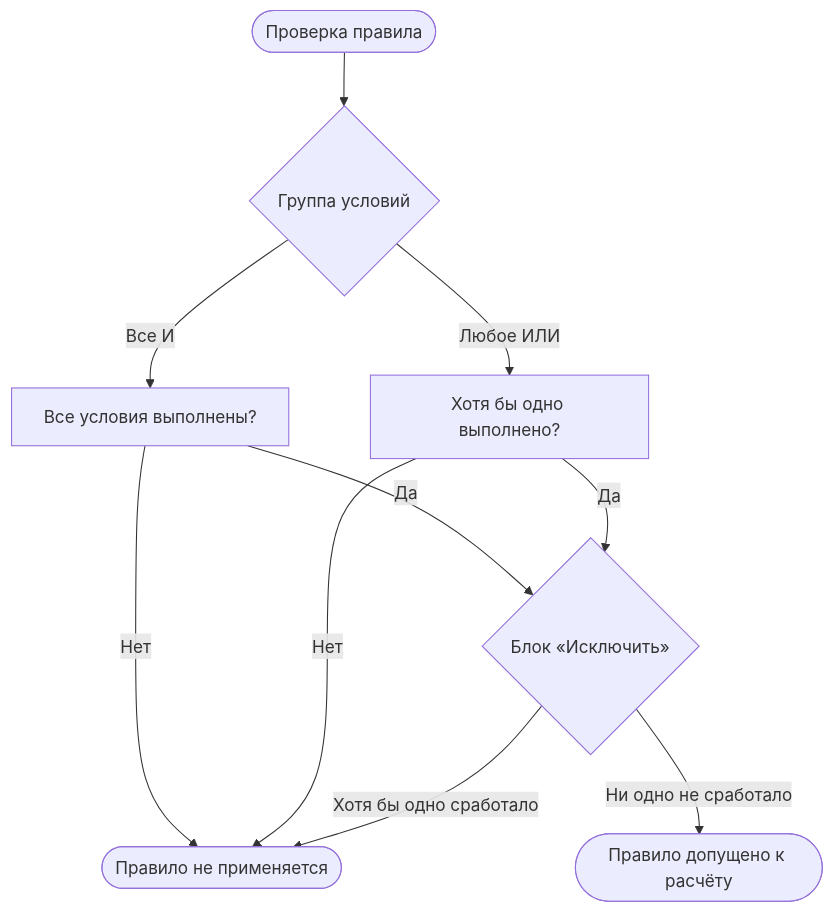
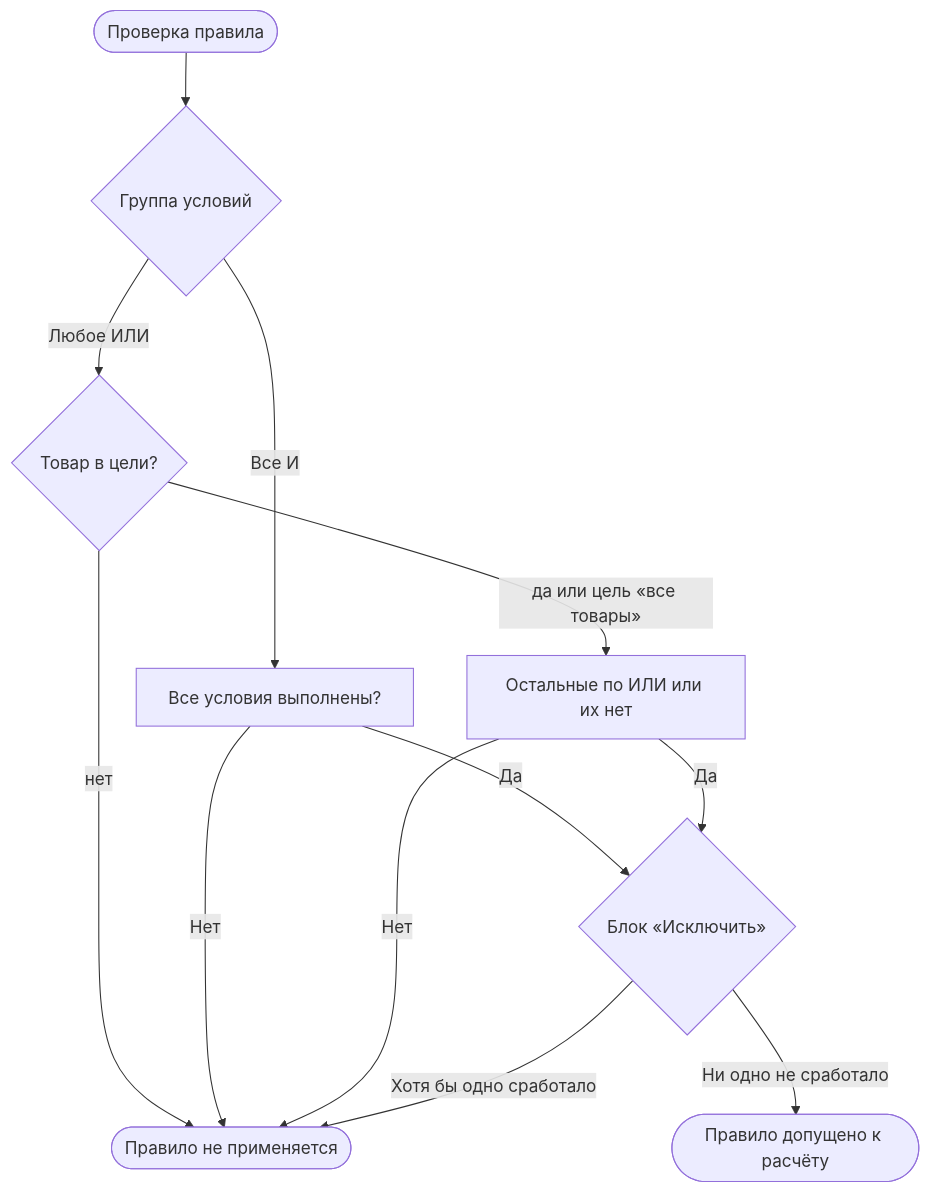
The second of 2 diagrams in docs/components/ms3discounts/manager.md (modx-pro/Docs), drawn with Mermaid before and after one commit. The commit also changed other lines of this file and 22 other files, not shown here.

````diff
--- a/docs/components/ms3discounts/manager.md
+++ b/docs/components/ms3discounts/manager.md
@@ -106,15 +96,17 @@
 ```mermaid
 flowchart TD
   Start([Проверка правила]) --> GroupCond{Группа условий}
   GroupCond -->|Все И| AllCond[Все условия выполнены?]
-  GroupCond -->|Любое ИЛИ| AnyCond[Хотя бы одно выполнено?]
+  GroupCond -->|Любое ИЛИ| Scope{Товар в цели?}
+  Scope -->|нет| Reject
+  Scope -->|да или цель «все товары»| AnyCond[Остальные по ИЛИ или их нет]
 
   AllCond -->|Да| ExcludeCheck{Блок «Исключить»}
   AllCond -->|Нет| Reject([Правило не применяется])
 
   AnyCond -->|Да| ExcludeCheck
   AnyCond -->|Нет| Reject
 
   ExcludeCheck -->|Хотя бы одно сработало| Reject
   ExcludeCheck -->|Ни одно не сработало| Match([Правило допущено к расчёту])
 ```
````
